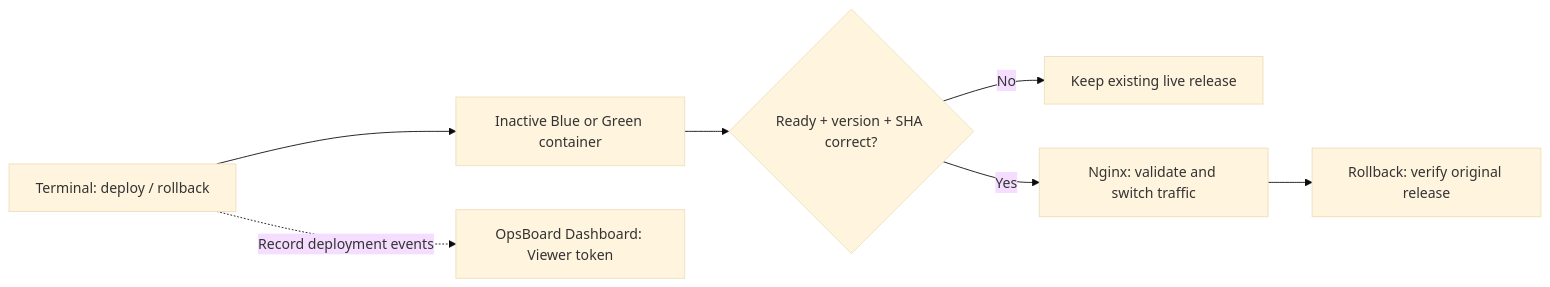
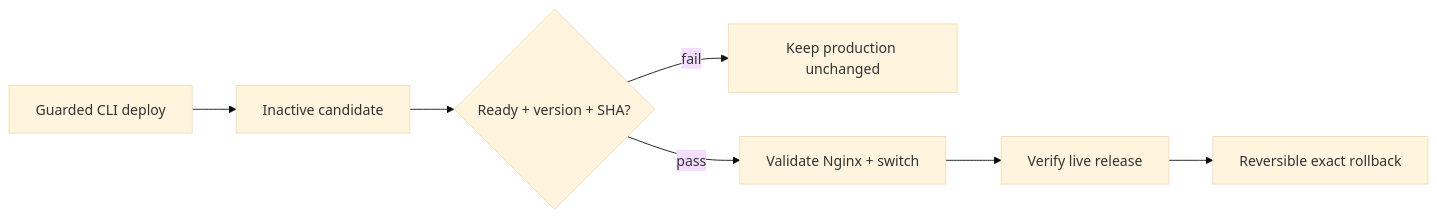
One commit to Mishkaaass/ci-cd-lab changed the second of 3 diagrams in README.md. Above: the diagram before and after it, drawn with Mermaid (base theme). The commit also changed other lines of this file and 8 other files, not shown here.

````diff
--- a/README.md
+++ b/README.md
@@ -98,9 +50,9 @@
 ```mermaid
 flowchart LR
-  CLI["Terminal: deploy / rollback"] --> Slot["Inactive Blue or Green container"]
-  Slot --> Gate{"Ready + version + SHA correct?"}
-  Gate -->|No| Keep["Keep existing live release"]
-  Gate -->|Yes| Proxy["Nginx: validate and switch traffic"]
-  Proxy --> Back["Rollback: verify original release"]
-  CLI -.->|Record deployment events| UI["OpsBoard Dashboard: Viewer token"]
+  CLI["Guarded CLI deploy"] --> Candidate["Inactive candidate"]
+  Candidate --> Gate{"Ready + version + SHA?"}
+  Gate -->|fail| Keep["Keep production unchanged"]
+  Gate -->|pass| Proxy["Validate Nginx + switch"]
+  Proxy --> Verify["Verify live release"]
+  Verify --> Rollback["Reversible exact rollback"]
 ```
````
